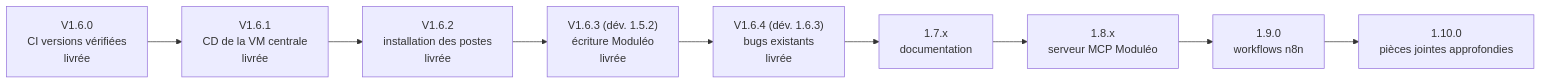
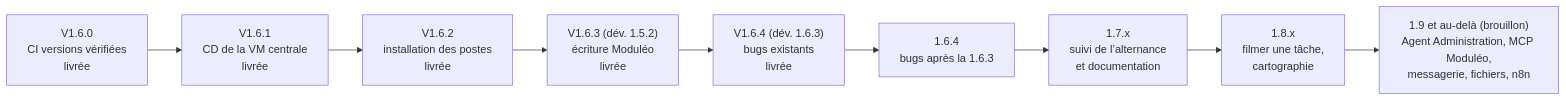
Before and after one commit to UlyssouLV/BBASS-Agents-IA: the third of 3 diagrams in README.md, drawn with Mermaid. The commit also changed other lines of this file and 10 other files, not shown here.

````diff
--- a/README.md
+++ b/README.md
@@ -174,11 +174,11 @@
 ```mermaid
 flowchart LR
   V160["V1.6.0<br/>CI versions vérifiées<br/>livrée"] --> V161["V1.6.1<br/>CD de la VM centrale<br/>livrée"]
   V161 --> V162["V1.6.2<br/>installation des postes<br/>livrée"]
   V162 --> V163["V1.6.3 (dév. 1.5.2)<br/>écriture Moduléo<br/>livrée"]
   V163 --> V164["V1.6.4 (dév. 1.6.3)<br/>bugs existants<br/>livrée"]
-  V164 --> V170["1.7.x<br/>documentation"]
-  V170 --> V180["1.8.x<br/>serveur MCP Moduléo"]
-  V180 --> V190["1.9.0<br/>workflows n8n"]
-  V190 --> V1100["1.10.0<br/>pièces jointes approfondies"]
+  V164 --> V1641["1.6.4<br/>bugs après la 1.6.3"]
+  V1641 --> V170["1.7.x<br/>suivi de l’alternance<br/>et documentation"]
+  V170 --> V180["1.8.x<br/>filmer une tâche,<br/>cartographie"]
+  V180 --> V190["1.9 et au-delà (brouillon)<br/>Agent Administration, MCP Moduléo,<br/>messagerie, fichiers, n8n"]
 ```
````
